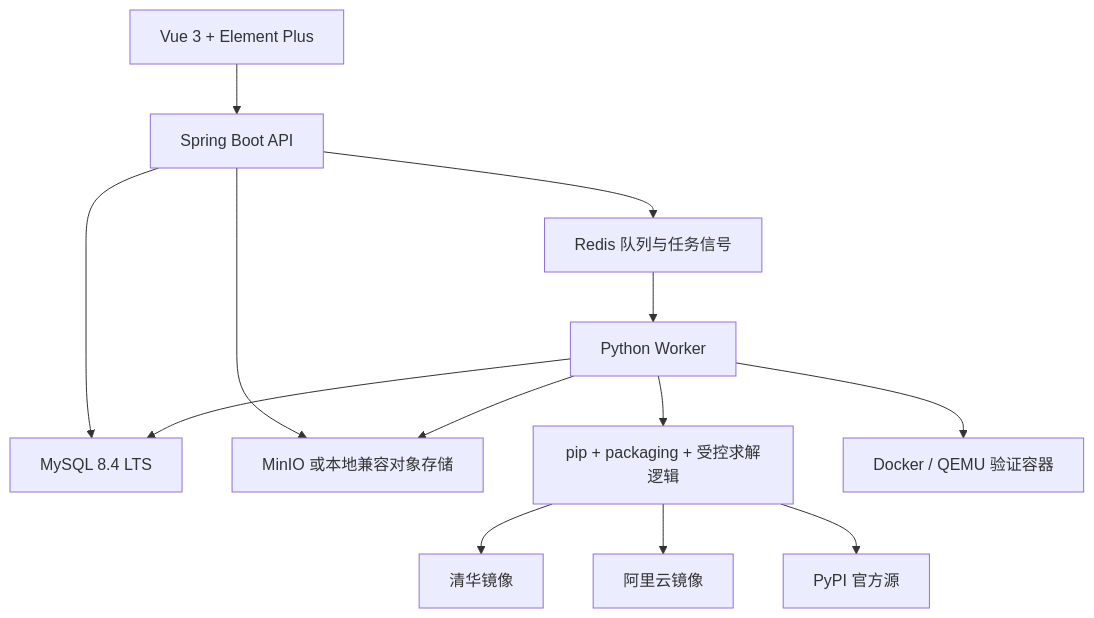
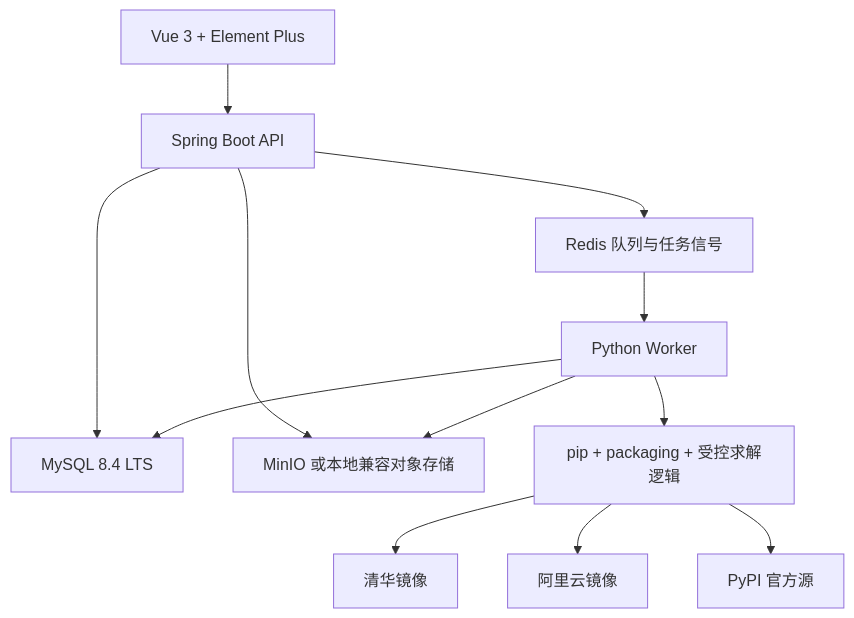
Before and after one commit to Endorphin1203/wheelforge: the first of 2 diagrams in docs/superpowers/specs/2026-07-22-wheelforge-backend-worker-design.md, drawn with Mermaid. The commit also changed other lines of this file, not shown here.

````diff
--- a/docs/superpowers/specs/2026-07-22-wheelforge-backend-worker-design.md
+++ b/docs/superpowers/specs/2026-07-22-wheelforge-backend-worker-design.md
@@ -100,15 +100,14 @@
 ```mermaid
 flowchart TD
     UI["Vue 3 + Element Plus"] --> API["Spring Boot API"]
     API --> DB["MySQL 8.4 LTS"]
     API --> Redis["Redis 队列与任务信号"]
     API --> Storage["MinIO 或本地兼容对象存储"]
     Redis --> Worker["Python Worker"]
     Worker --> Resolver["pip + packaging + 受控求解逻辑"]
-    Worker --> Container["Docker / QEMU 验证容器"]
     Resolver --> TUNA["清华镜像"]
     Resolver --> Ali["阿里云镜像"]
     Resolver --> PyPI["PyPI 官方源"]
     Worker --> Storage
     Worker --> DB
 ```
````
